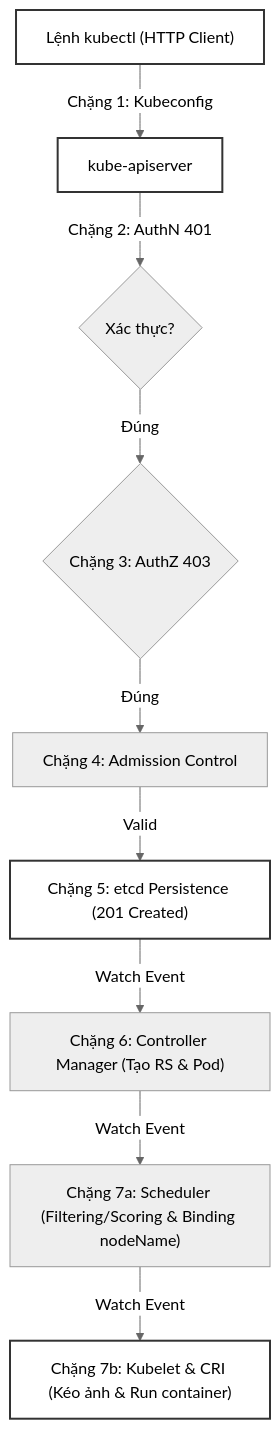
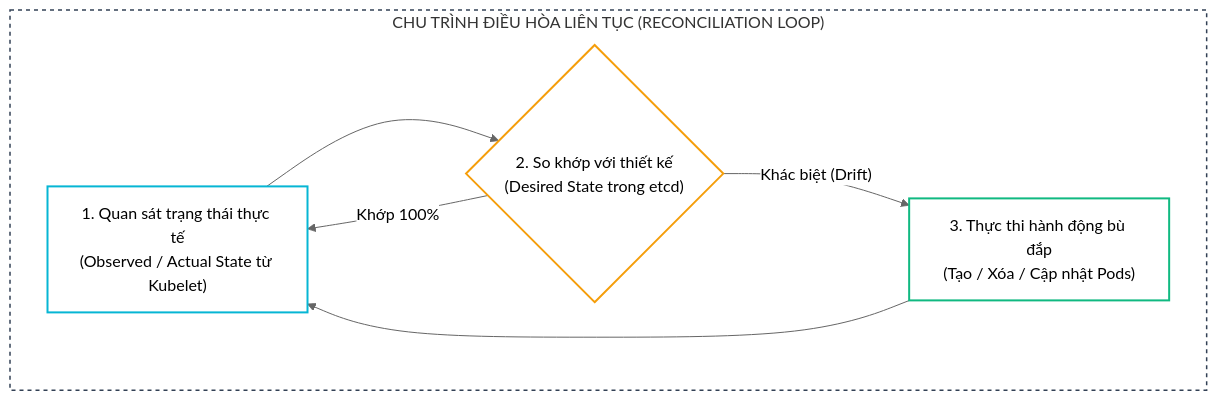
The second of 5 diagrams in _posts/2026-09-12-cka-02-02-kien-truc-cum-va-duong-di-cua-mot-lenh.md (kiennt308/ntk), drawn with Mermaid (neutral theme) before and after one commit. The commit also changed other lines of this file and 161 other files, not shown here.

````diff
--- a/_posts/2026-09-12-cka-02-02-kien-truc-cum-va-duong-di-cua-mot-lenh.md
+++ b/_posts/2026-09-12-cka-02-02-kien-truc-cum-va-duong-di-cua-mot-lenh.md
@@ -471,16 +113,18 @@
 ```mermaid
 graph TD
-    A["Lệnh kubectl (HTTP Client)"] -->|"Chặng 1: Kubeconfig"| B["kube-apiserver"]
-    B -->|"Chặng 2: AuthN 401"| C{"Xác thực?"}
-    C -->|"Đúng"| D{"Chặng 3: AuthZ 403"}
-    D -->|"Đúng"| E["Chặng 4: Admission Control"]
-    E -->|"Valid"| F["Chặng 5: etcd Persistence (201 Created)"]
-    F -->|"Watch Event"| G["Chặng 6: Controller Manager (Tạo RS & Pod)"]
-    G -->|"Watch Event"| H["Chặng 7a: Scheduler (Filtering/Scoring & Binding nodeName)"]
-    H -->|"Watch Event"| I["Chặng 7b: Kubelet & CRI (Kéo ảnh & Run container)"]
-    
-    style A fill:none,stroke:#333,stroke-width:2px
-    style B fill:none,stroke:#333,stroke-width:2px
-    style F fill:none,stroke:#333,stroke-width:2px
-    style I fill:none,stroke:#333,stroke-width:2px
+    subgraph RECONCILE_CYCLE["CHU TRÌNH ĐIỀU HÒA LIÊN TỤC (RECONCILIATION LOOP)"]
+        OBSERVE["1. Quan sát trạng thái thực tế<br/>(Observed / Actual State từ Kubelet)"]
+        DIFF{"2. So khớp với thiết kế<br/>(Desired State trong etcd)"}
+        ACT["3. Thực thi hành động bù đắp<br/>(Tạo / Xóa / Cập nhật Pods)"]
+    end
+
+    OBSERVE --> DIFF
+    DIFF -->|"Khác biệt (Drift)"| ACT
+    ACT --> OBSERVE
+    DIFF -->|"Khớp 100%"| OBSERVE
+
+    style RECONCILE_CYCLE fill:none,stroke:#334155,stroke-width:1.5px,stroke-dasharray:4 4
+    style OBSERVE fill:none,stroke:#06b6d4,stroke-width:2px
+    style DIFF fill:none,stroke:#f59e0b,stroke-width:2px
+    style ACT fill:none,stroke:#10b981,stroke-width:2px
 ```
````
